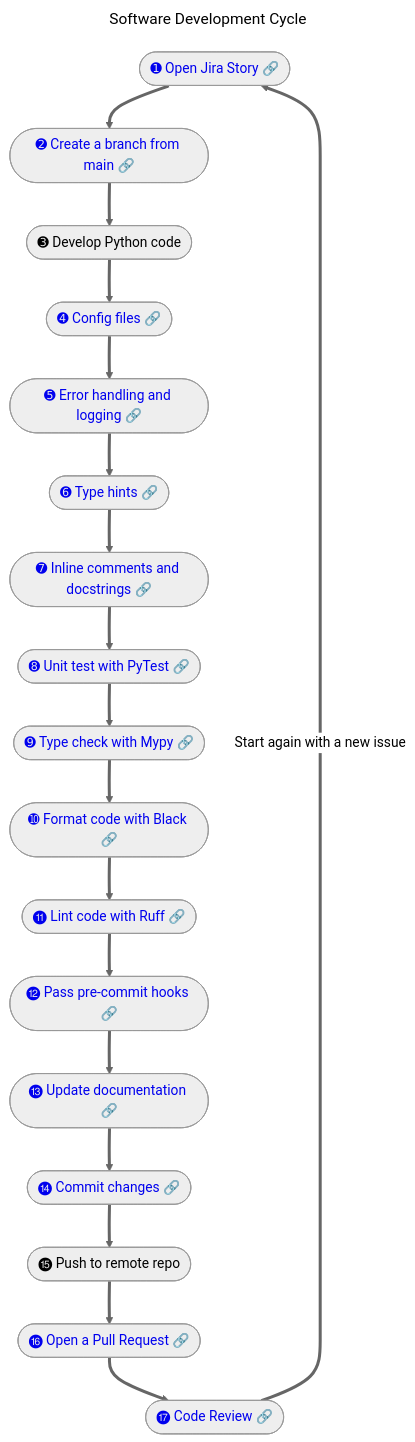
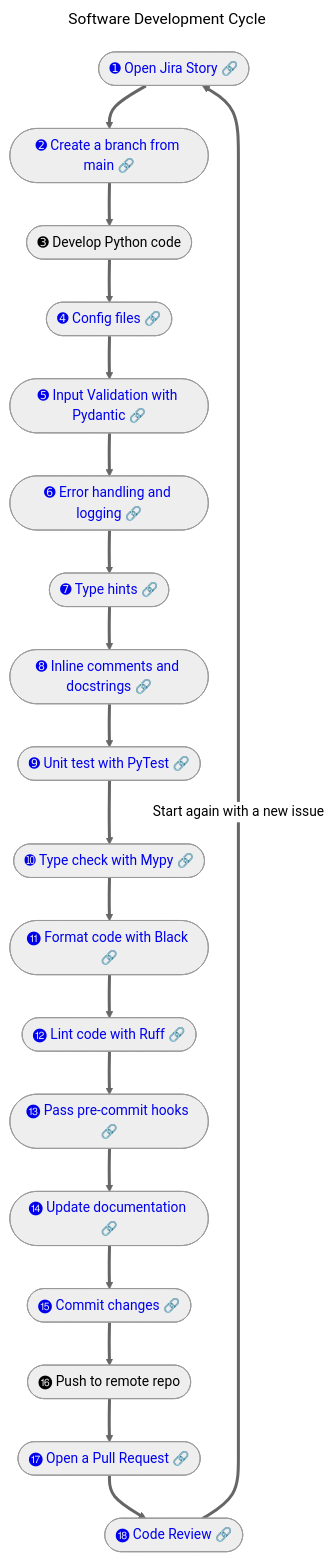
Before and after one commit to markeyser/cookiecutter-collabora: the diagram in docs/getting-started/software-development-lifecycle.md, drawn with Mermaid (neutral theme). The commit also changed other lines of this file and 4 other files, not shown here.

Commit message:
Adding input data type validation in runtime with pydantic

````diff
--- a/docs/getting-started/software-development-lifecycle.md
+++ b/docs/getting-started/software-development-lifecycle.md
@@ -9,40 +9,42 @@
 ```mermaid
 ---
 title: Software Development Cycle
 ---
 flowchart TB
   A([<a href='https://markeyser.github.io/cookiecutter-collabora/how-to-guides/jira-story-best-practices/?h=jira' style="text-decoration: none;"><span style="color: inherit;">➊  Open Jira Story 🔗</span></a>])
   B([<a href='https://markeyser.github.io/cookiecutter-collabora/how-to-guides/git-branch-naming-standards/' style="text-decoration: none;"><span style="color: inherit;">➋ Create a branch from main 🔗</span></a>])
   C([<span style="color: inherit;">➌ Develop Python code</span>])
   D([<a href='https://markeyser.github.io/cookiecutter-collabora/how-to-guides/cofig-files/' style="text-decoration: none;"><span style="color: inherit;">➍ Config files 🔗</span></a>])
-  E([<a href='https://markeyser.github.io/cookiecutter-collabora/how-to-guides/error-handling-and-logging/?h=jira' style='text-decoration: none;'><span style="color: inherit;">➎ Error handling and logging 🔗</span></a>])
-  F([<a href='https://markeyser.github.io/cookiecutter-collabora/how-to-guides/type-checking-mypy/' style="text-decoration: none;"><span style="color: inherit;">➏ Type hints 🔗</span></a>])
-  G([<a href='https://markeyser.github.io/cookiecutter-collabora/how-to-guides/docstrings-and-inline-commentaries/' style="text-decoration: none;"><span style="color: inherit;">➐ Inline comments and docstrings 🔗</span></a>])
-  H([<a href='https://markeyser.github.io/cookiecutter-collabora/how-to-guides/pytest-inroduction-guide/' style="text-decoration: none;"><span style="color: inherit;">➑ Unit test with PyTest 🔗</span></a>])
-  I([<a href='https://markeyser.github.io/cookiecutter-collabora/how-to-guides/type-checking-mypy/?h=type+che' style="text-decoration: none;"><span style="color: inherit;">➒ Type check with Mypy 🔗</span></a>])
-  J([<a href='https://markeyser.github.io/cookiecutter-collabora/tutorials/black-formatter/?h=black' style="text-decoration: none;"><span style="color: inherit;">➓ Format code with Black 🔗</span></a>])
-  K([<a href='https://markeyser.github.io/cookiecutter-collabora/tutorials/ruff-linter/?h=lint' style="text-decoration: none;"><span style="color: inherit;">⓫ Lint code with Ruff 🔗</span></a>])
-  L([<a href='https://markeyser.github.io/cookiecutter-collabora/how-to-guides/pre-commit-hooks-guide/' style="text-decoration: none;"><span style="color: inherit;">⓬ Pass pre-commit hooks 🔗</span></a>])
-  M([<a href='https://markeyser.github.io/cookiecutter-collabora/tutorials/mkdocs-docs/?h=mkd' style="text-decoration: none;"><span style="color: inherit;">⓭ Update documentation 🔗</span></a>])
-  N([<a href='https://markeyser.github.io/cookiecutter-collabora/how-to-guides/commit-message-standards-ml/?h=commit' style="text-decoration: none;"><span style="color: inherit;">⓮ Commit changes 🔗</span></a>])
-  O([<span style="color: inherit;">⓯ Push to remote repo</span>])
-  P([<a href='https://markeyser.github.io/cookiecutter-collabora/how-to-guides/templates/?h=pull' style="text-decoration: none;"><span style="color: inherit;">⓰ Open a Pull Request 🔗</span></a>])
-  Q([<a href='https://markeyser.github.io/cookiecutter-collabora/how-to-guides/code-review-best-practices/?h=review' style="text-decoration: none;"><span style="color: inherit;">⓱ Code Review 🔗</span></a>])
+  E([<a href='https://markeyser.github.io/cookiecutter-collabora/how-to-guides/input-validation-with-pydantic/' style="text-decoration: none;"><span style="color: inherit;">➎ Input Validation with Pydantic 🔗</span></a>])
+  F([<a href='https://markeyser.github.io/cookiecutter-collabora/how-to-guides/error-handling-and-logging/?h=jira' style='text-decoration: none;'><span style="color: inherit;">➏ Error handling and logging 🔗</span></a>])
+  G([<a href='https://markeyser.github.io/cookiecutter-collabora/how-to-guides/type-checking-mypy/' style="text-decoration: none;"><span style="color: inherit;">➐ Type hints 🔗</span></a>])
+  H([<a href='https://markeyser.github.io/cookiecutter-collabora/how-to-guides/docstrings-and-inline-commentaries/' style="text-decoration: none;"><span style="color: inherit;">➑ Inline comments and docstrings 🔗</span></a>])
+  I([<a href='https://markeyser.github.io/cookiecutter-collabora/how-to-guides/pytest-inroduction-guide/' style="text-decoration: none;"><span style="color: inherit;">➒ Unit test with PyTest 🔗</span></a>])
+  J([<a href='https://markeyser.github.io/cookiecutter-collabora/how-to-guides/type-checking-mypy/?h=type+che' style="text-decoration: none;"><span style="color: inherit;">➓ Type check with Mypy 🔗</span></a>])
+  K([<a href='https://markeyser.github.io/cookiecutter-collabora/tutorials/black-formatter/?h=black' style="text-decoration: none;"><span style="color: inherit;">⓫ Format code with Black 🔗</span></a>])
+  L([<a href='https://markeyser.github.io/cookiecutter-collabora/tutorials/ruff-linter/?h=lint' style="text-decoration: none;"><span style="color: inherit;">⓬ Lint code with Ruff 🔗</span></a>])
+  M([<a href='https://markeyser.github.io/cookiecutter-collabora/how-to-guides/pre-commit-hooks-guide/' style="text-decoration: none;"><span style="color: inherit;">⓭ Pass pre-commit hooks 🔗</span></a>])
+  N([<a href='https://markeyser.github.io/cookiecutter-collabora/tutorials/mkdocs-docs/?h=mkd' style="text-decoration: none;"><span style="color: inherit;">⓮ Update documentation 🔗</span></a>])
+  O([<a href='https://markeyser.github.io/cookiecutter-collabora/how-to-guides/commit-message-standards-ml/?h=commit' style="text-decoration: none;"><span style="color: inherit;">⓯ Commit changes 🔗</span></a>])
+  P([<span style="color: inherit;">⓰ Push to remote repo</span>])
+  Q([<a href='https://markeyser.github.io/cookiecutter-collabora/how-to-guides/templates/?h=pull' style="text-decoration: none;"><span style="color: inherit;">⓱ Open a Pull Request 🔗</span></a>])
+  R([<a href='https://markeyser.github.io/cookiecutter-collabora/how-to-guides/code-review-best-practices/?h=review' style="text-decoration: none;"><span style="color: inherit;">⓲ Code Review 🔗</span></a>])
   A ==> B
   B ==> C
   C ==> D
   D ==> E
   E ==> F
   F ==> G
   G ==> H
   H ==> I
   I ==> J
   J ==> K
   K ==> L
   L ==> M
   M ==> N
   N ==> O
   O ==> P
   P ==> Q
-  Q ==> |Start again with a new issue|A
+  Q ==> R
+  R ==> |Start again with a new issue|A
 ```
````
